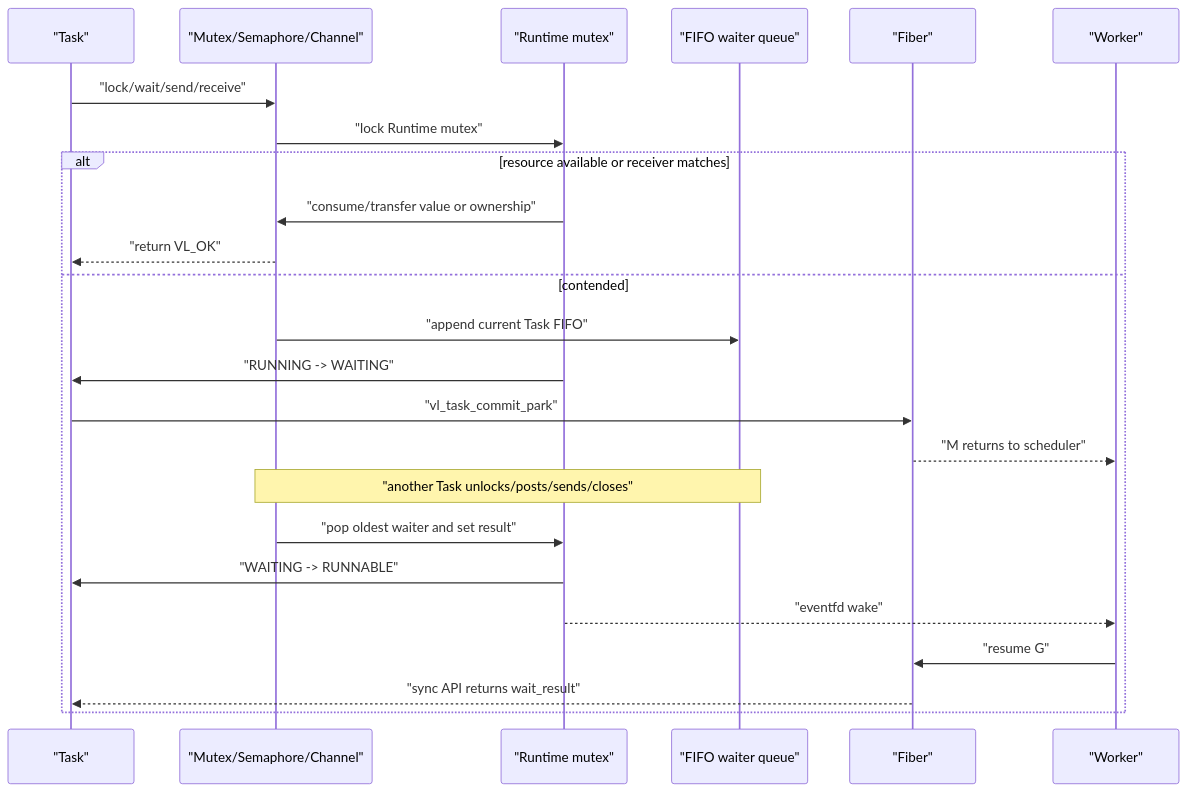
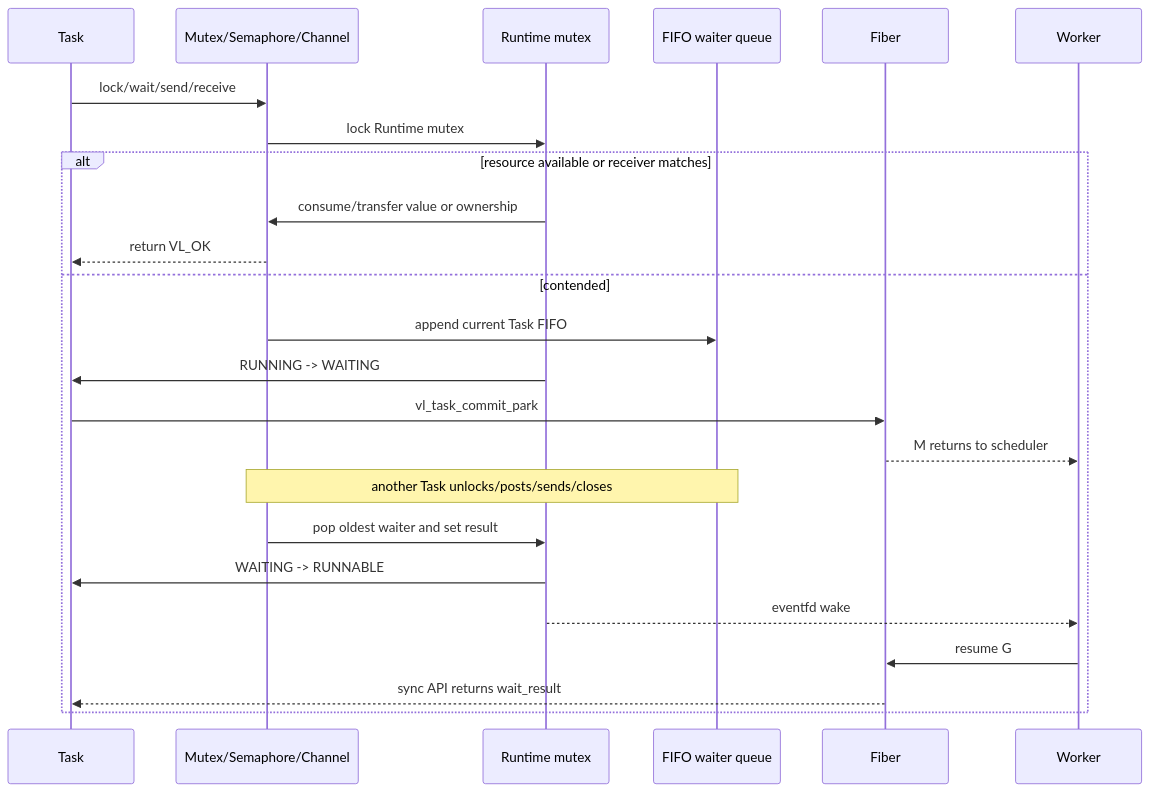
One commit to nobody0726/veloco changed the eighth of 24 diagrams in docs/domain/domain-model-and-flows.md. Above: the diagram before and after it, drawn with Mermaid. The commit also changed other lines of this file and 1 other file, not shown here.

First line of the commit message:
Make GitHub Mermaid diagrams render consistently

````diff
--- a/docs/domain/domain-model-and-flows.md
+++ b/docs/domain/domain-model-and-flows.md
@@ -463,27 +463,27 @@
 ```mermaid
 sequenceDiagram
-    participant G as "Task"
-    participant S as "Mutex/Semaphore/Channel"
-    participant R as "Runtime mutex"
-    participant Q as "FIFO waiter queue"
-    participant F as "Fiber"
-    participant M as "Worker"
+    participant G as Task
+    participant S as Mutex/Semaphore/Channel
+    participant R as Runtime mutex
+    participant Q as FIFO waiter queue
+    participant F as Fiber
+    participant M as Worker
 
-    G->>S: "lock/wait/send/receive"
-    S->>R: "lock Runtime mutex"
+    G->>S: lock/wait/send/receive
+    S->>R: lock Runtime mutex
     alt resource available or receiver matches
-        R->>S: "consume/transfer value or ownership"
-        S-->>G: "return VL_OK"
+        R->>S: consume/transfer value or ownership
+        S-->>G: return VL_OK
     else contended
-        S->>Q: "append current Task FIFO"
-        R->>G: "RUNNING -> WAITING"
-        G->>F: "vl_task_commit_park"
-        F-->>M: "M returns to scheduler"
-        Note over S,Q: "another Task unlocks/posts/sends/closes"
-        S->>R: "pop oldest waiter and set result"
-        R->>G: "WAITING -> RUNNABLE"
-        R-->>M: "eventfd wake"
-        M->>F: "resume G"
-        F-->>G: "sync API returns wait_result"
+        S->>Q: append current Task FIFO
+        R->>G: RUNNING -> WAITING
+        G->>F: vl_task_commit_park
+        F-->>M: M returns to scheduler
+        Note over S,Q: another Task unlocks/posts/sends/closes
+        S->>R: pop oldest waiter and set result
+        R->>G: WAITING -> RUNNABLE
+        R-->>M: eventfd wake
+        M->>F: resume G
+        F-->>G: sync API returns wait_result
     end
 ```
````
